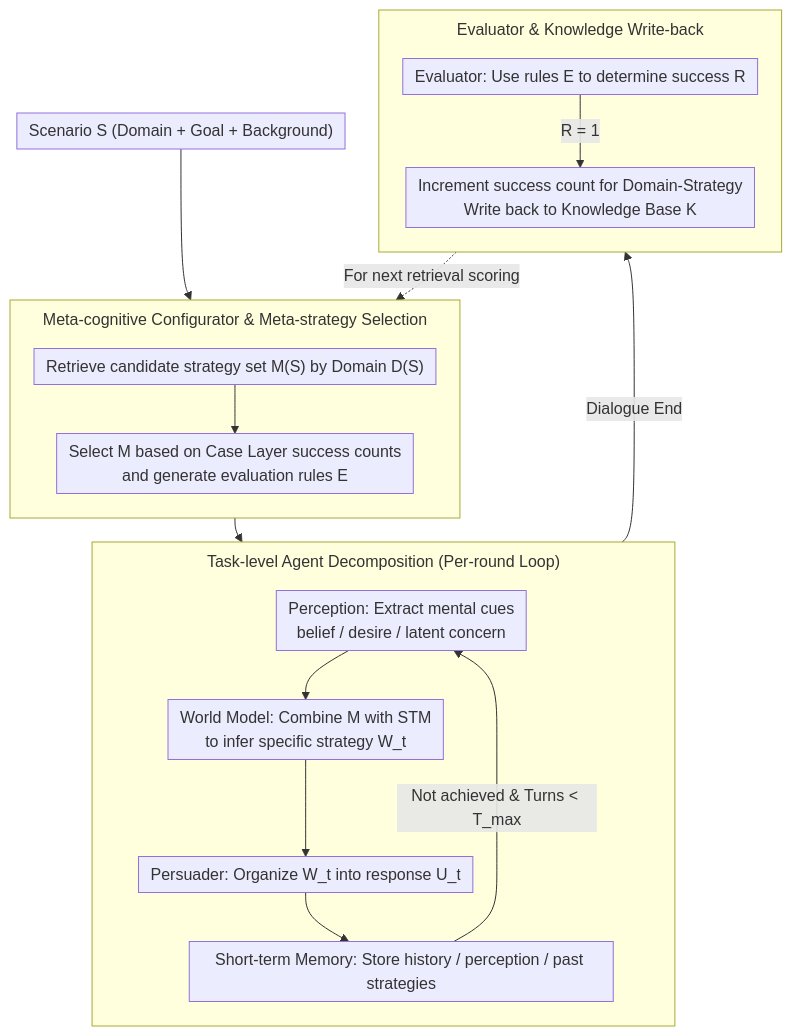
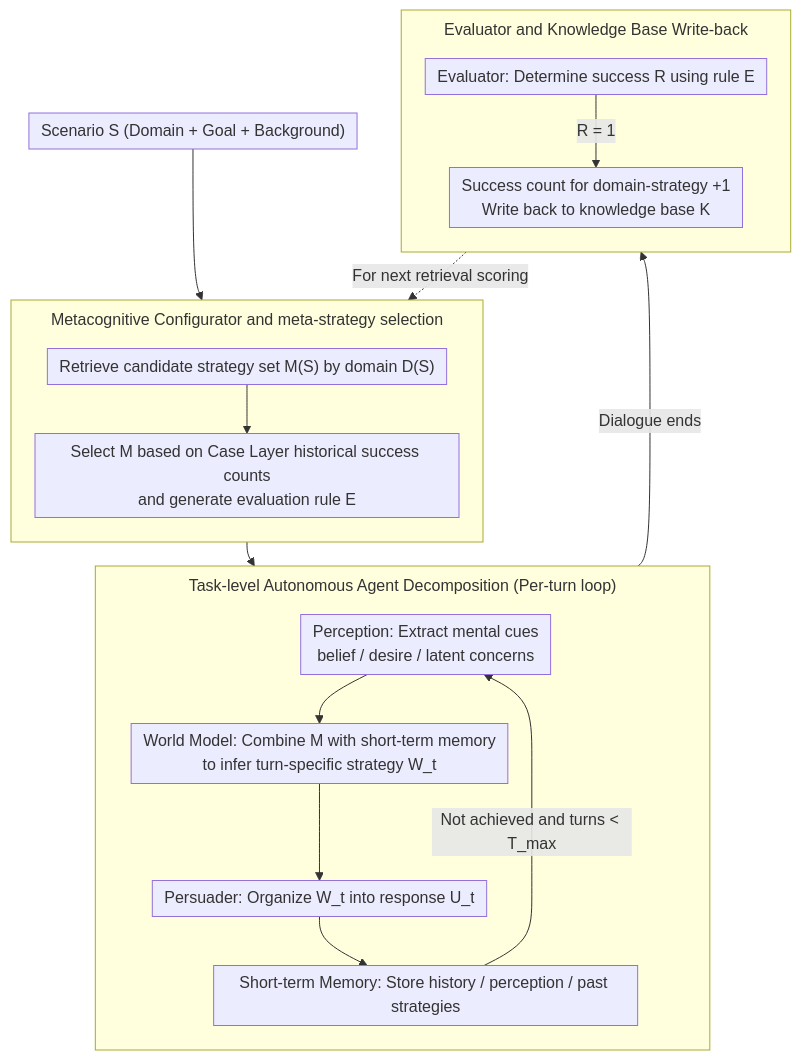
The diagram in docs/ACL2026/dialogue/ma2p_a_meta-cognitive_autonomous_intelligent_agents_framework_for_complex_persua.md (zhaoyang97/Paper-Notes-en), drawn with Mermaid before and after one commit. The commit also changed other lines of this file and 5084 other files, not shown here.

````diff
--- a/docs/ACL2026/dialogue/ma2p_a_meta-cognitive_autonomous_intelligent_agents_framework_for_complex_persua.md
+++ b/docs/ACL2026/dialogue/ma2p_a_meta-cognitive_autonomous_intelligent_agents_framework_for_complex_persua.md
@@ -44,29 +44,29 @@
 ```mermaid
 %%{init: {'flowchart': {'rankSpacing': 24, 'nodeSpacing': 28, 'padding': 6, 'wrappingWidth': 400, 'subGraphTitleMargin': {'top': 8, 'bottom': 16}}}}%%
 flowchart TD
     S["Scenario S (Domain + Goal + Background)"] --> CFG
 
-    subgraph META["Meta-cognitive Configurator & Meta-strategy Selection"]
+    subgraph META["Metacognitive Configurator and meta-strategy selection"]
         direction TB
-        CFG["Retrieve candidate strategy set M(S) by Domain D(S)"] --> SEL["Select M based on Case Layer success counts<br/>and generate evaluation rules E"]
+        CFG["Retrieve candidate strategy set M(S) by domain D(S)"] --> SEL["Select M based on Case Layer historical success counts<br/>and generate evaluation rule E"]
     end
 
     SEL --> PERC
 
-    subgraph TASK["Task-level Agent Decomposition (Per-round Loop)"]
+    subgraph TASK["Task-level Autonomous Agent Decomposition (Per-turn loop)"]
         direction TB
-        PERC["Perception: Extract mental cues<br/>belief / desire / latent concern"] --> WM["World Model: Combine M with STM<br/>to infer specific strategy W_t"]
+        PERC["Perception: Extract mental cues<br/>belief / desire / latent concerns"] --> WM["World Model: Combine M with short-term memory<br/>to infer turn-specific strategy W_t"]
         WM --> PERS["Persuader: Organize W_t into response U_t"]
         PERS --> MEM["Short-term Memory: Store history / perception / past strategies"]
-        MEM -->|Not achieved & Turns < T_max| PERC
+        MEM -->|Not achieved and turns < T_max| PERC
     end
 
-    MEM -->|Dialogue End| EVAL
+    MEM -->|Dialogue ends| EVAL
 
-    subgraph UPDATE["Evaluator & Knowledge Write-back"]
+    subgraph UPDATE["Evaluator and Knowledge Base Write-back"]
         direction TB
-        EVAL["Evaluator: Use rules E to determine success R"] -->|R = 1| WB["Increment success count for Domain-Strategy<br/>Write back to Knowledge Base K"]
+        EVAL["Evaluator: Determine success R using rule E"] -->|R = 1| WB["Success count for domain-strategy +1<br/>Write back to knowledge base K"]
     end
 
     WB -.->|For next retrieval scoring| CFG
 ```
````
